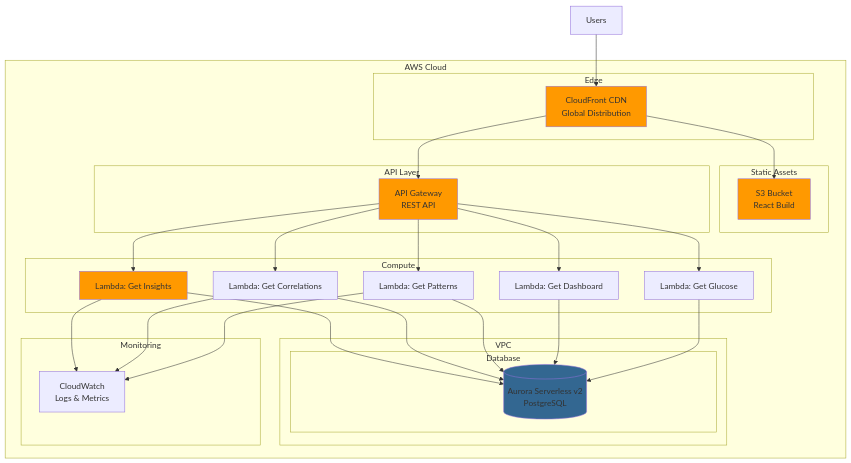
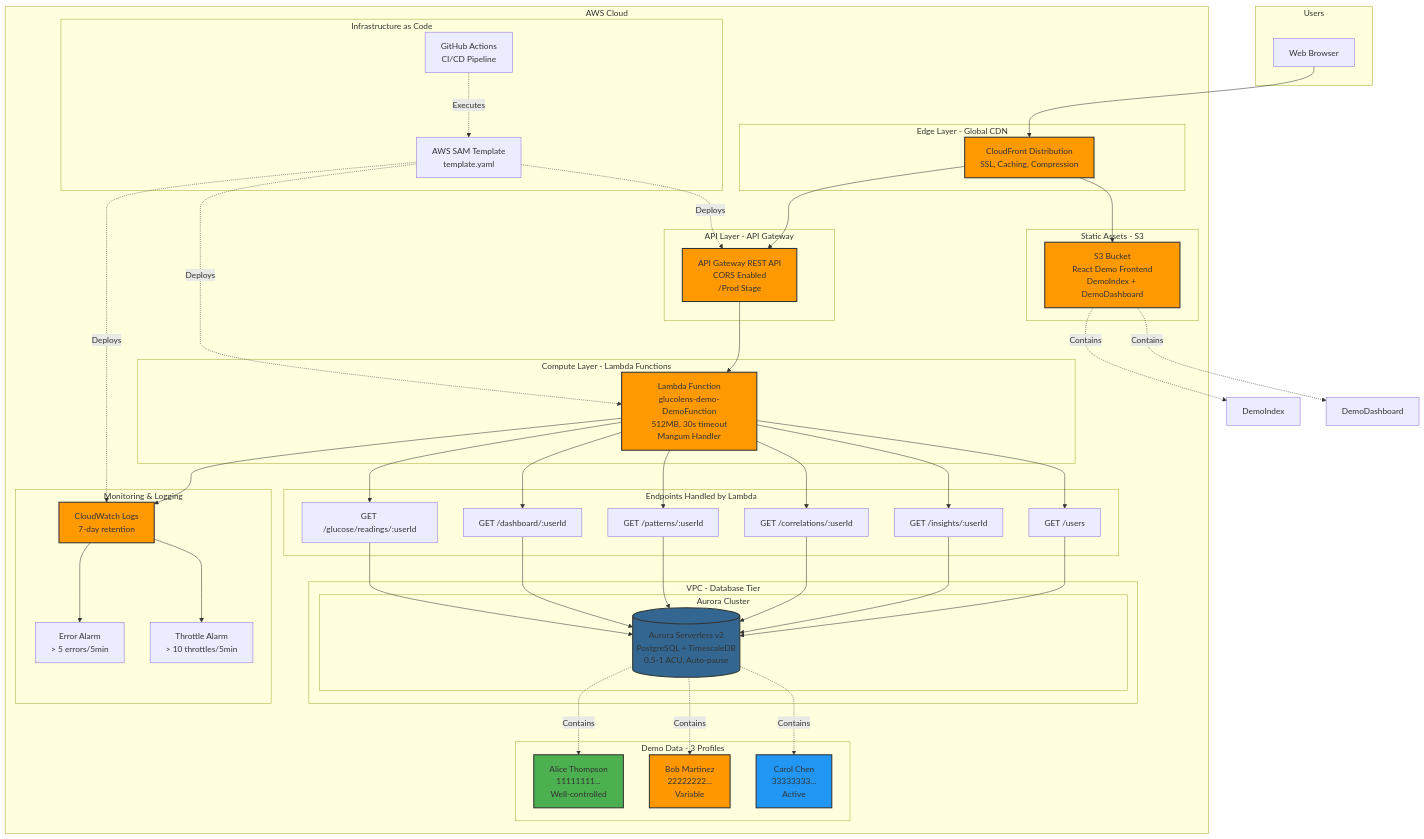
Before and after one commit to brettleehari/metabolic-story-teller: the tenth of 11 diagrams in ARCHITECTURE_DIAGRAMS.md, drawn with Mermaid. The commit also changed other lines of this file and 17 other files, not shown here.

First line of the commit message:
feat: Implement AWS Lambda read-only demo deployment

````diff
--- a/ARCHITECTURE_DIAGRAMS.md
+++ b/ARCHITECTURE_DIAGRAMS.md
@@ -809,57 +819,100 @@
 ```mermaid
 graph TB
+    subgraph "Users"
+        BROWSER[Web Browser]
+    end
+
     subgraph "AWS Cloud"
-        subgraph "Edge"
-            CF[CloudFront CDN<br/>Global Distribution]
+        subgraph "Edge Layer - Global CDN"
+            CF[CloudFront Distribution<br/>SSL, Caching, Compression]
         end
 
-        subgraph "Static Assets"
-            S3[S3 Bucket<br/>React Build]
+        subgraph "Static Assets - S3"
+            S3[S3 Bucket<br/>React Demo Frontend<br/>DemoIndex + DemoDashboard]
         end
 
-        subgraph "API Layer"
-            APIGW[API Gateway<br/>REST API]
+        subgraph "API Layer - API Gateway"
+            APIGW[API Gateway REST API<br/>CORS Enabled<br/>/Prod Stage]
         end
 
-        subgraph "Compute"
-            L1[Lambda: Get Insights]
-            L2[Lambda: Get Correlations]
-            L3[Lambda: Get Patterns]
-            L4[Lambda: Get Dashboard]
-            L5[Lambda: Get Glucose]
+        subgraph "Compute Layer - Lambda Functions"
+            LF[Lambda Function<br/>glucolens-demo-DemoFunction<br/>512MB, 30s timeout<br/>Mangum Handler]
         end
 
-        subgraph "VPC"
-            subgraph "Database"
-                AURORA[(Aurora Serverless v2<br/>PostgreSQL)]
+        subgraph "Endpoints Handled by Lambda"
+            E1[GET /users]
+            E2[GET /insights/:userId]
+            E3[GET /correlations/:userId]
+            E4[GET /patterns/:userId]
+            E5[GET /dashboard/:userId]
+            E6[GET /glucose/readings/:userId]
+        end
+
+        subgraph "VPC - Database Tier"
+            subgraph "Aurora Cluster"
+                AURORA[(Aurora Serverless v2<br/>PostgreSQL + TimescaleDB<br/>0.5-1 ACU, Auto-pause)]
             end
         end
 
-        subgraph "Monitoring"
-            CW[CloudWatch<br/>Logs & Metrics]
+        subgraph "Monitoring & Logging"
+            CW[CloudWatch Logs<br/>7-day retention]
+            ALARM1[Error Alarm<br/>> 5 errors/5min]
+            ALARM2[Throttle Alarm<br/>> 10 throttles/5min]
+        end
+
+        subgraph "Infrastructure as Code"
+            SAM[AWS SAM Template<br/>template.yaml]
+            GHA[GitHub Actions<br/>CI/CD Pipeline]
+        end
+
+        subgraph "Demo Data - 3 Profiles"
+            ALICE[Alice Thompson<br/>11111111...<br/>Well-controlled]
+            BOB[Bob Martinez<br/>22222222...<br/>Variable]
+            CAROL[Carol Chen<br/>33333333...<br/>Active]
         end
     end
 
-    USER[Users] --> CF
+    BROWSER --> CF
     CF --> S3
     CF --> APIGW
-    APIGW --> L1
-    APIGW --> L2
-    APIGW --> L3
-    APIGW --> L4
-    APIGW --> L5
-    L1 --> AURORA
-    L2 --> AURORA
-    L3 --> AURORA
-    L4 --> AURORA
-    L5 --> AURORA
-    L1 --> CW
-    L2 --> CW
-    L3 --> CW
+    S3 -.->|Contains| DemoIndex
+    S3 -.->|Contains| DemoDashboard
 
-    style CF fill:#ff9900
-    style S3 fill:#ff9900
-    style APIGW fill:#ff9900
-    style L1 fill:#ff9900
-    style AURORA fill:#336791
+    APIGW --> LF
+    LF --> E1
+    LF --> E2
+    LF --> E3
+    LF --> E4
+    LF --> E5
+    LF --> E6
+
+    E1 --> AURORA
+    E2 --> AURORA
+    E3 --> AURORA
+    E4 --> AURORA
+    E5 --> AURORA
+    E6 --> AURORA
+
+    AURORA -.->|Contains| ALICE
+    AURORA -.->|Contains| BOB
+    AURORA -.->|Contains| CAROL
+
+    LF --> CW
+    CW --> ALARM1
+    CW --> ALARM2
+
+    SAM -.->|Deploys| APIGW
+    SAM -.->|Deploys| LF
+    SAM -.->|Deploys| CW
+    GHA -.->|Executes| SAM
+
+    style CF fill:#ff9900,stroke:#333,stroke-width:2px
+    style S3 fill:#ff9900,stroke:#333,stroke-width:2px
+    style APIGW fill:#ff9900,stroke:#333,stroke-width:2px
+    style LF fill:#ff9900,stroke:#333,stroke-width:2px
+    style AURORA fill:#336791,stroke:#333,stroke-width:2px
+    style CW fill:#ff9900,stroke:#333,stroke-width:2px
+    style ALICE fill:#4caf50,stroke:#333,stroke-width:2px
+    style BOB fill:#ff9800,stroke:#333,stroke-width:2px
+    style CAROL fill:#2196f3,stroke:#333,stroke-width:2px
 ```
````
